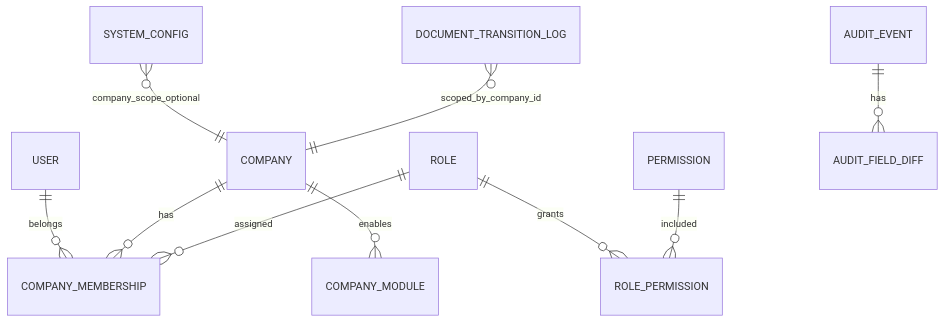
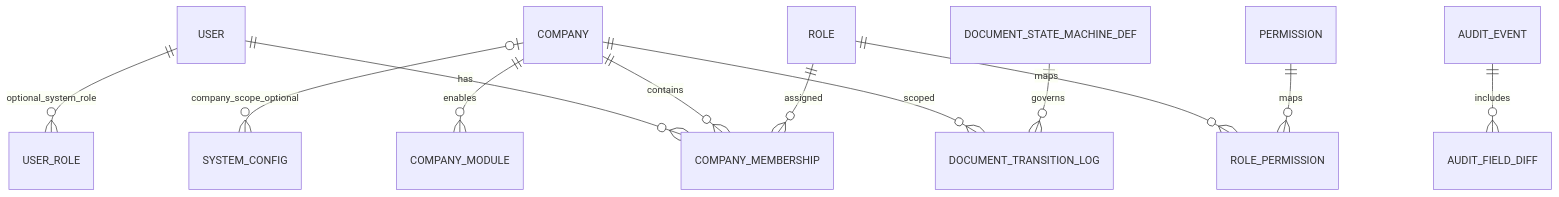
One commit to Yikmy/fnerp changed the fifth of 6 diagrams in architecture_audit_report.md. Above: the diagram before and after it, drawn with Mermaid. The commit also changed other lines of this file, not shown here.

Commit message:
docs: refresh architecture audit against specs

````diff
--- a/architecture_audit_report.md
+++ b/architecture_audit_report.md
@@ -133,17 +166,19 @@
 ```mermaid
 erDiagram
-    USER ||--o{ COMPANY_MEMBERSHIP : belongs
-    COMPANY ||--o{ COMPANY_MEMBERSHIP : has
+    USER ||--o{ COMPANY_MEMBERSHIP : has
+    COMPANY ||--o{ COMPANY_MEMBERSHIP : contains
     ROLE ||--o{ COMPANY_MEMBERSHIP : assigned
 
-    ROLE ||--o{ ROLE_PERMISSION : grants
-    PERMISSION ||--o{ ROLE_PERMISSION : included
+    ROLE ||--o{ ROLE_PERMISSION : maps
+    PERMISSION ||--o{ ROLE_PERMISSION : maps
+    USER ||--o{ USER_ROLE : optional_system_role
 
     COMPANY ||--o{ COMPANY_MODULE : enables
 
-    AUDIT_EVENT ||--o{ AUDIT_FIELD_DIFF : has
+    AUDIT_EVENT ||--o{ AUDIT_FIELD_DIFF : includes
 
-    SYSTEM_CONFIG }o--|| COMPANY : company_scope_optional
+    COMPANY ||--o{ DOCUMENT_TRANSITION_LOG : scoped
+    DOCUMENT_STATE_MACHINE_DEF ||--o{ DOCUMENT_TRANSITION_LOG : governs
 
-    DOCUMENT_TRANSITION_LOG }o--|| COMPANY : scoped_by_company_id
+    COMPANY |o--o{ SYSTEM_CONFIG : company_scope_optional
 ```
````
